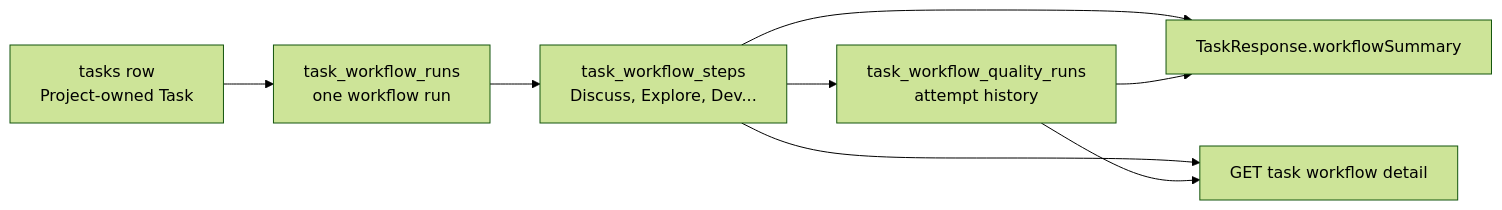
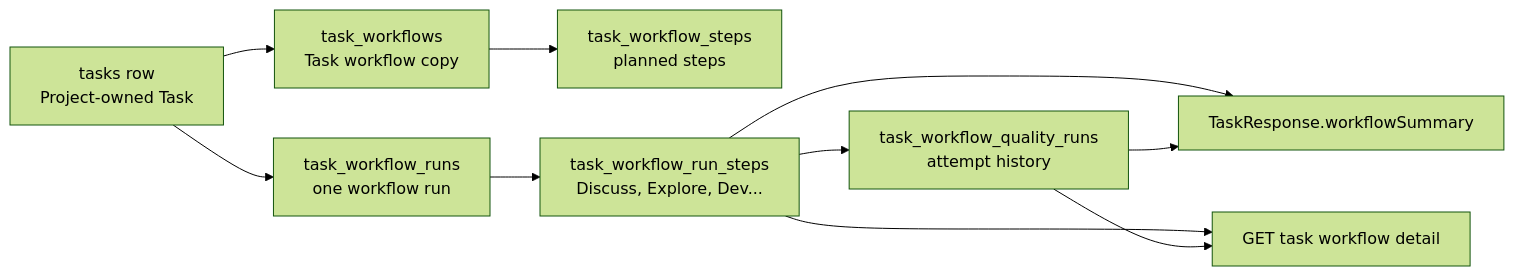
One commit to samzhu/grimoAPP changed the diagram in docs/grimo/specs/2026-06-03-S009-workflow-step-evidence-schema.md. Above: the diagram before and after it, drawn with Mermaid (forest theme). The commit also changed other lines of this file and 55 other files, not shown here.

Commit message:
Clarify task workflow terminology and add task storage

````diff
--- a/docs/grimo/specs/2026-06-03-S009-workflow-step-evidence-schema.md
+++ b/docs/grimo/specs/2026-06-03-S009-workflow-step-evidence-schema.md
@@ -84,11 +85,13 @@
 ```mermaid
 flowchart LR
   Task["tasks row<br/>Project-owned Task"] --> Run["task_workflow_runs<br/>one workflow run"]
-  Run --> Steps["task_workflow_steps<br/>Discuss, Explore, Dev..."]
+  Task --> Copy["task_workflows<br/>Task workflow copy"]
+  Copy --> Planned["task_workflow_steps<br/>planned steps"]
+  Run --> Steps["task_workflow_run_steps<br/>Discuss, Explore, Dev..."]
   Steps --> Quality["task_workflow_quality_runs<br/>attempt history"]
 
   Steps --> Summary["TaskResponse.workflowSummary"]
   Quality --> Summary
   Steps --> Detail["GET task workflow detail"]
   Quality --> Detail
 ```
````
